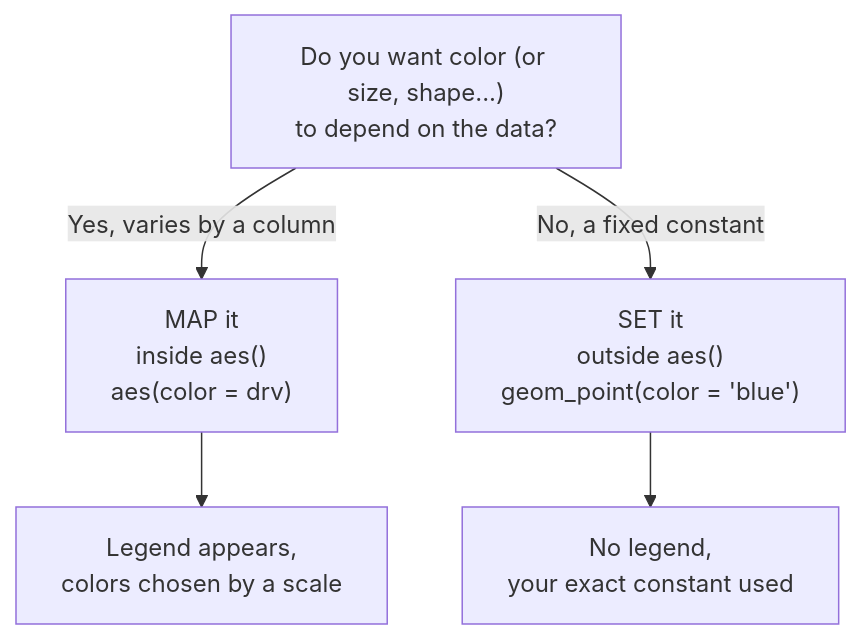
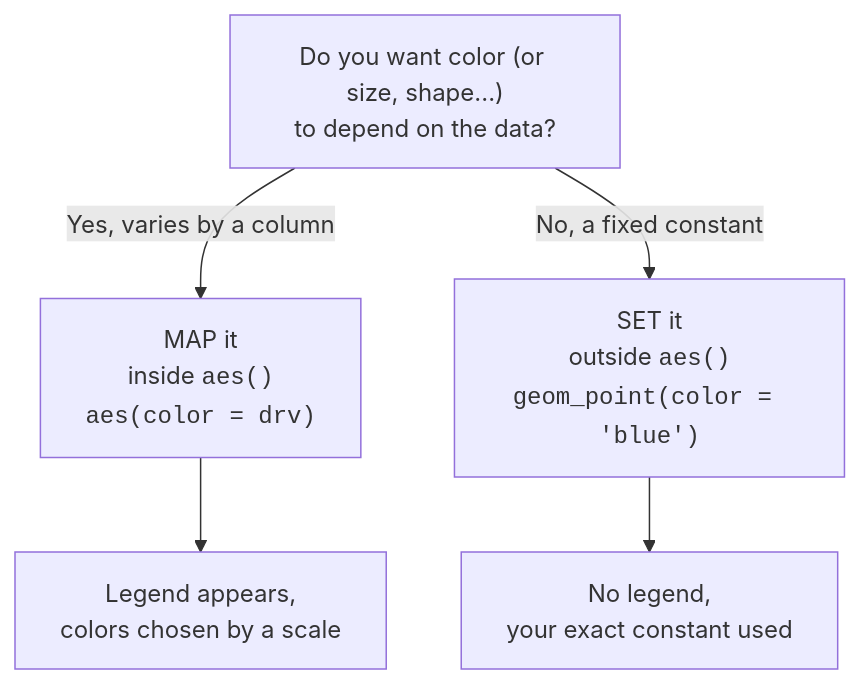
The diagram in content/learn/mastering-ggplot2/mapping-versus-setting.mdx (dataslope/dataslope), drawn with Mermaid before and after one commit. The commit also changed 153 other files, not shown here.

First line of the commit message:
Render code-only mermaid shapes in monospace; convert step sequences to Steps

````diff
--- a/content/learn/mastering-ggplot2/mapping-versus-setting.mdx
+++ b/content/learn/mastering-ggplot2/mapping-versus-setting.mdx
@@ -20,7 +20,7 @@
 ```mermaid
 flowchart TD
-    Q["Do you want color (or size, shape...)<br/>to depend on the data?"] -->|"Yes, varies by a column"| M["MAP it<br/>inside aes()<br/>aes(color = drv)"]
-    Q -->|"No, a fixed constant"| S["SET it<br/>outside aes()<br/>geom_point(color = 'blue')"]
+    Q["Do you want color (or size, shape...)<br/>to depend on the data?"] -->|"Yes, varies by a column"| M["MAP it<br/>inside <code>aes()</code><br/><code>aes(color = drv)</code>"]
+    Q -->|"No, a fixed constant"| S["SET it<br/>outside <code>aes()</code><br/><code>geom_point(color = 'blue')</code>"]
     M --> ML["Legend appears,<br/>colors chosen by a scale"]
     S --> SL["No legend,<br/>your exact constant used"]
 ```
````
